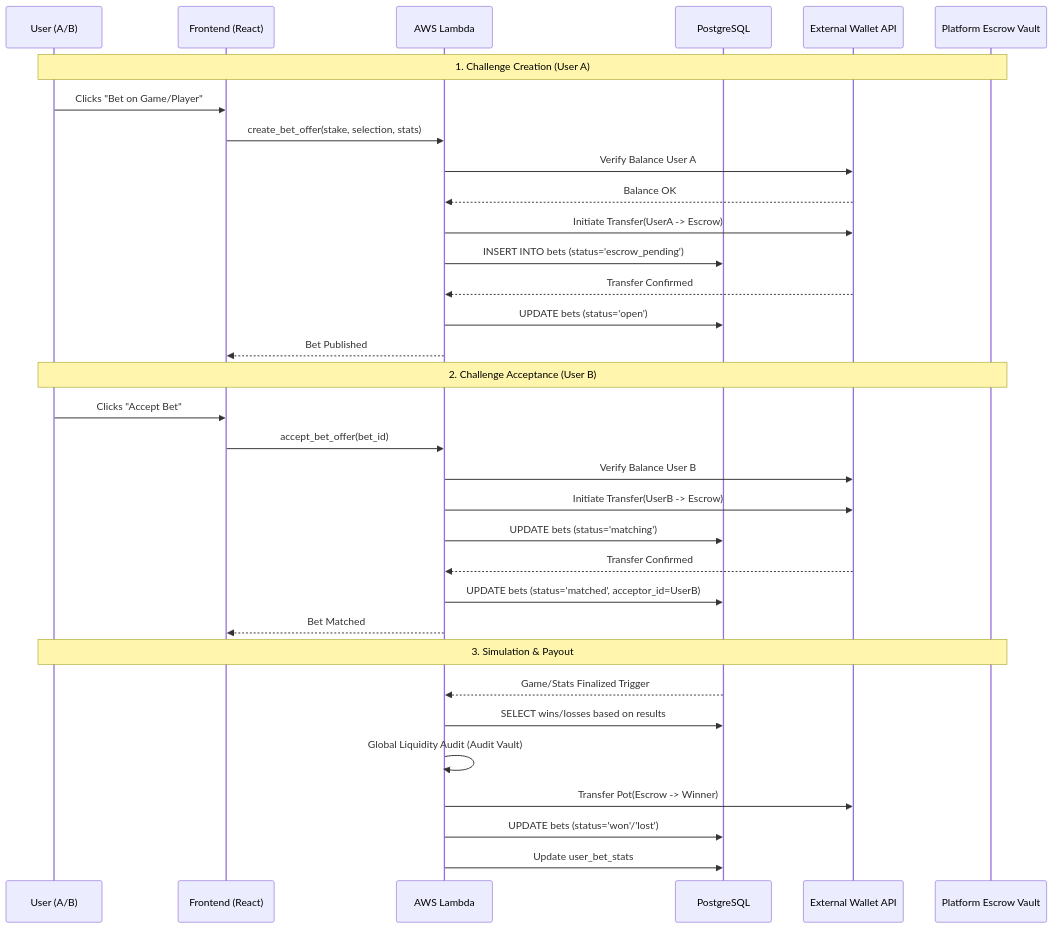
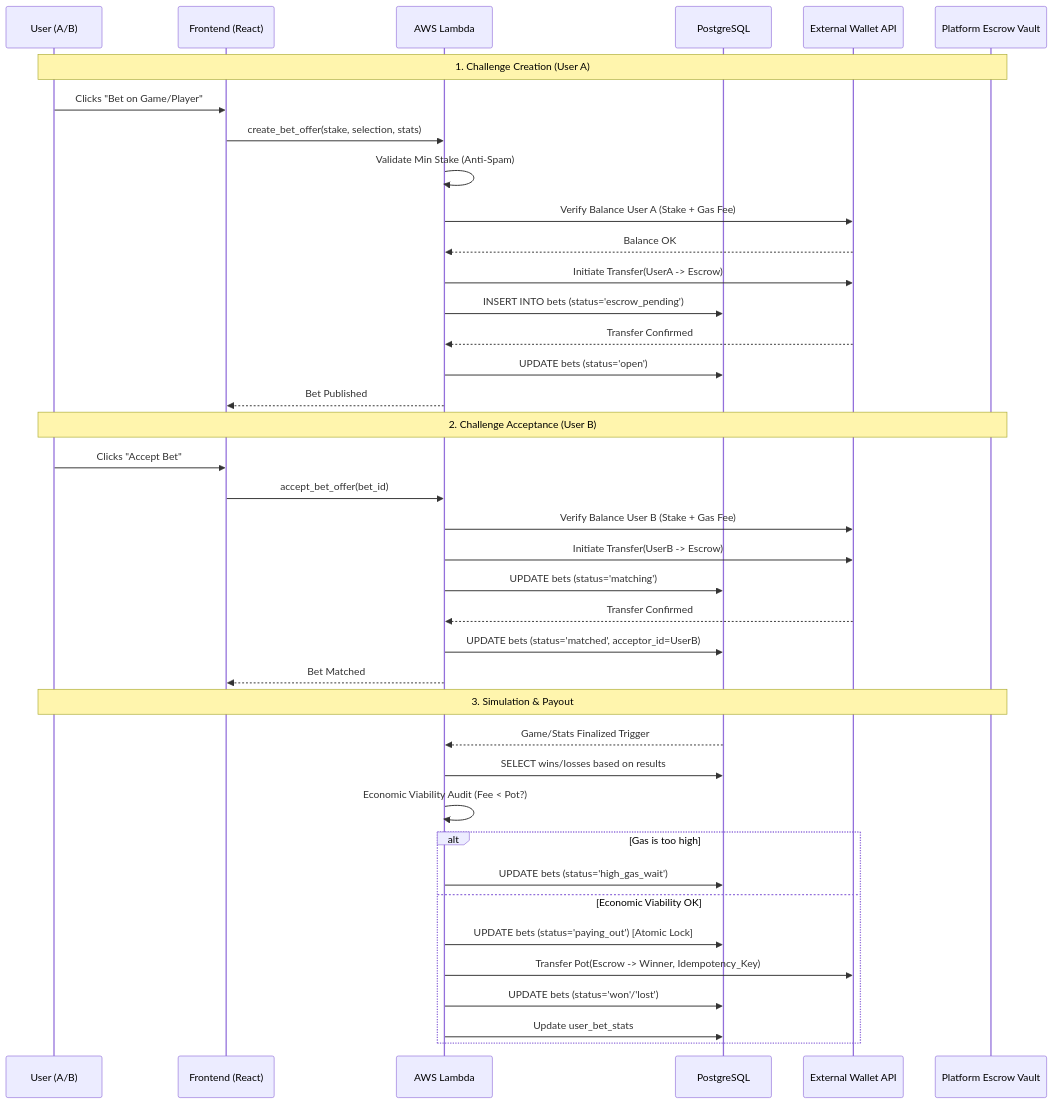
Before and after one commit to metantonio/react-test-ts-nb: the diagram in docs/betting_logic_details.md, drawn with Mermaid.

````diff
--- a/docs/betting_logic_details.md
+++ b/docs/betting_logic_details.md
@@ -7,38 +7,44 @@
 ```mermaid
 sequenceDiagram
     participant User as User (A/B)
     participant App as Frontend (React)
     participant Lambda as AWS Lambda
     participant DB as PostgreSQL
     participant ExtWallet as External Wallet API
     participant Escrow as Platform Escrow Vault
 
     Note over User, Escrow: 1. Challenge Creation (User A)
     User->>App: Clicks "Bet on Game/Player"
     App->>Lambda: create_bet_offer(stake, selection, stats)
-    Lambda->>ExtWallet: Verify Balance User A
+    Lambda->>Lambda: Validate Min Stake (Anti-Spam)
+    Lambda->>ExtWallet: Verify Balance User A (Stake + Gas Fee)
     ExtWallet-->>Lambda: Balance OK
     Lambda->>ExtWallet: Initiate Transfer(UserA -> Escrow)
     Lambda->>DB: INSERT INTO bets (status='escrow_pending')
     ExtWallet-->>Lambda: Transfer Confirmed
     Lambda->>DB: UPDATE bets (status='open')
     Lambda-->>App: Bet Published
 
     Note over User, Escrow: 2. Challenge Acceptance (User B)
     User->>App: Clicks "Accept Bet"
     App->>Lambda: accept_bet_offer(bet_id)
-    Lambda->>ExtWallet: Verify Balance User B
+    Lambda->>ExtWallet: Verify Balance User B (Stake + Gas Fee)
     Lambda->>ExtWallet: Initiate Transfer(UserB -> Escrow)
     Lambda->>DB: UPDATE bets (status='matching')
     ExtWallet-->>Lambda: Transfer Confirmed
     Lambda->>DB: UPDATE bets (status='matched', acceptor_id=UserB)
     Lambda-->>App: Bet Matched
 
     Note over User, Escrow: 3. Simulation & Payout
     DB-->>Lambda: Game/Stats Finalized Trigger
     Lambda->>DB: SELECT wins/losses based on results
-    Lambda->>Lambda: Global Liquidity Audit (Audit Vault)
-    Lambda->>ExtWallet: Transfer Pot(Escrow -> Winner)
-    Lambda->>DB: UPDATE bets (status='won'/'lost')
-    Lambda->>DB: Update user_bet_stats
+    Lambda->>Lambda: Economic Viability Audit (Fee < Pot?)
+    alt Gas is too high
+        Lambda->>DB: UPDATE bets (status='high_gas_wait')
+    else Economic Viability OK
+        Lambda->>DB: UPDATE bets (status='paying_out') [Atomic Lock]
+        Lambda->>ExtWallet: Transfer Pot(Escrow -> Winner, Idempotency_Key)
+        Lambda->>DB: UPDATE bets (status='won'/'lost')
+        Lambda->>DB: Update user_bet_stats
+    end
 ```
````
